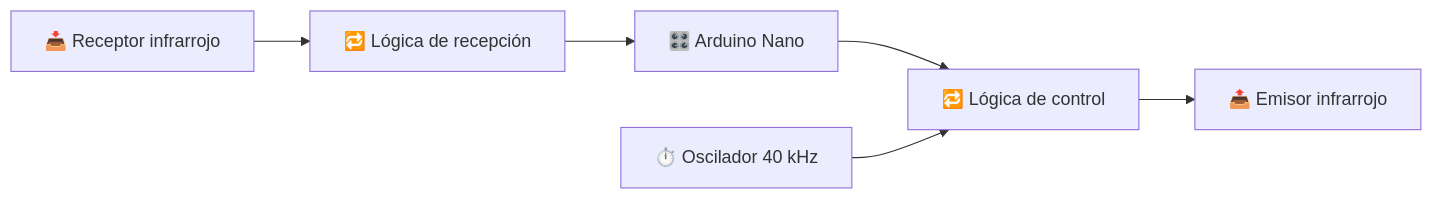
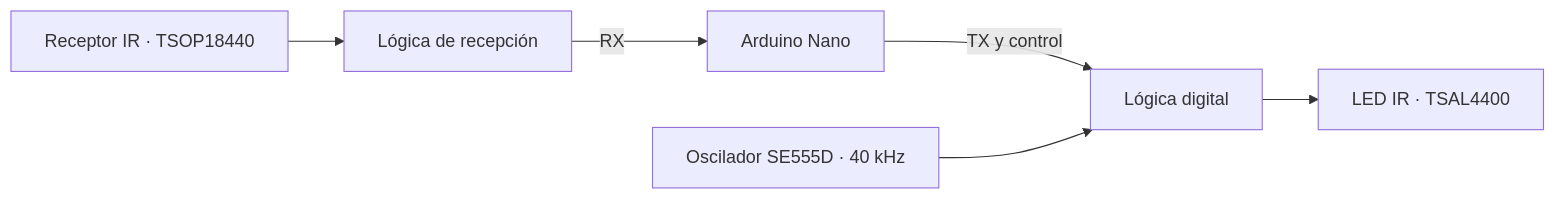
One commit to ernestojimenez2107/PCB-con-comunicacion-Infrarroja changed the diagram in README.md. Above: the diagram before and after it, drawn with Mermaid. The commit also changed other lines of this file, not shown here.

````diff
--- a/README.md
+++ b/README.md
@@ -12,8 +15,8 @@
 ```mermaid
 flowchart LR
-    A[🎛️ Arduino Nano] --> B[🔁 Lógica de control]
-    C[⏱️ Oscilador 40 kHz] --> B
-    B --> D[📤 Emisor infrarrojo]
-    E[📥 Receptor infrarrojo] --> F[🔁 Lógica de recepción]
-    F --> A
+    A["Arduino Nano"] -->|TX y control| L["Lógica digital"]
+    O["Oscilador SE555D · 40 kHz"] --> L
+    L --> E["LED IR · TSAL4400"]
+    R["Receptor IR · TSOP18440"] --> X["Lógica de recepción"]
+    X -->|RX| A
 ```
````
